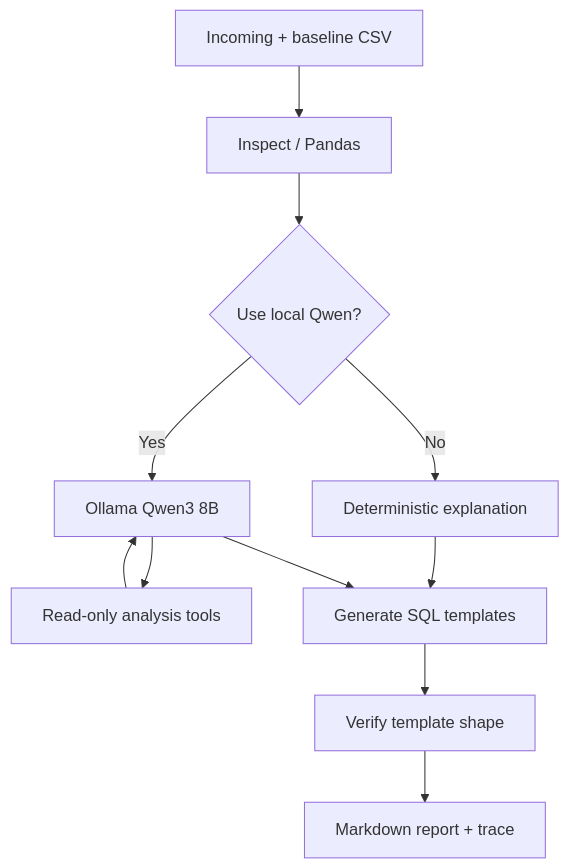
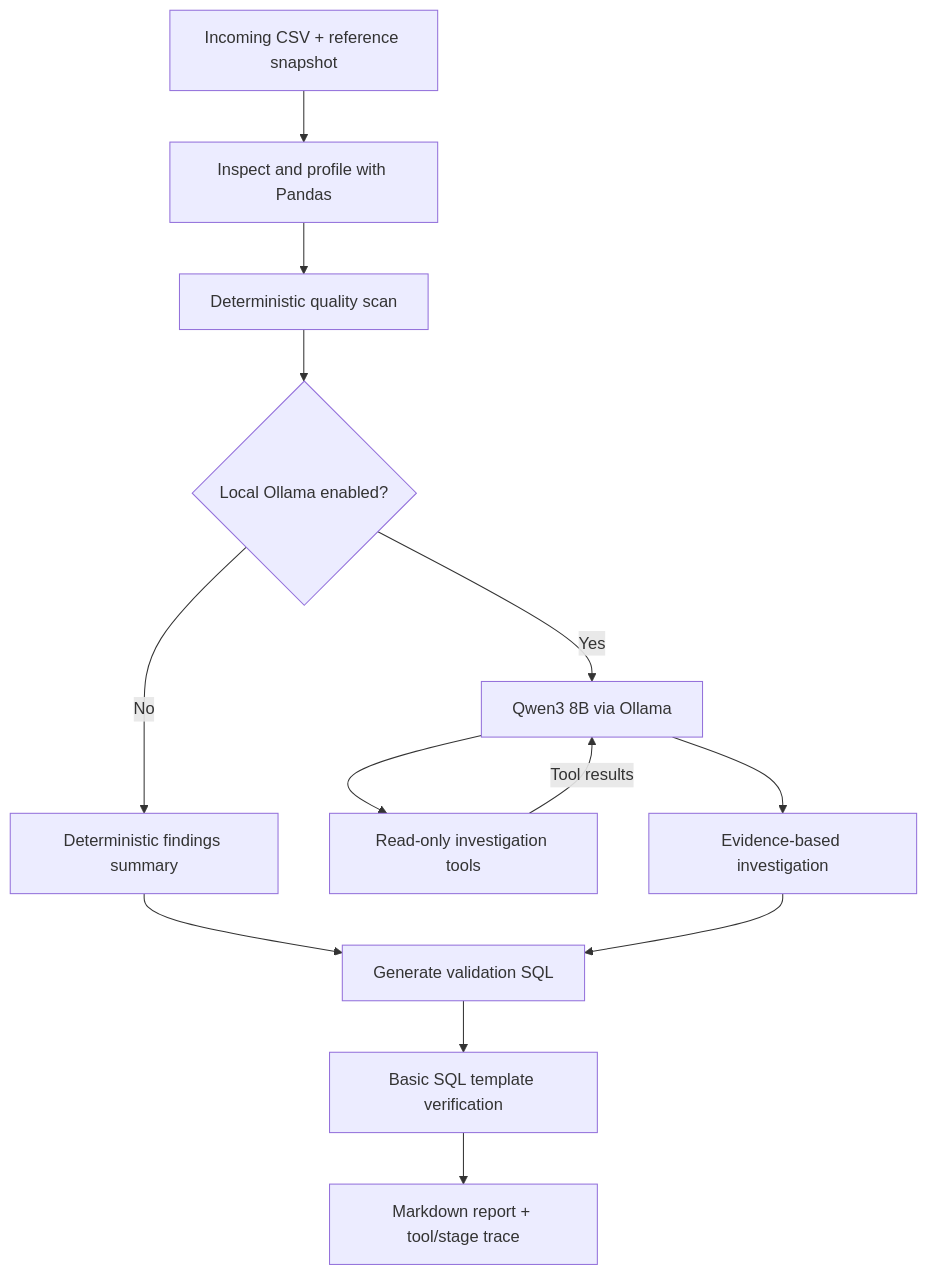
The diagram in README.md (karthikeyansett1/Schemaguard---AI_Agent), drawn with Mermaid before and after one commit. The commit also changed other lines of this file, not shown here.

````diff
--- a/README.md
+++ b/README.md
@@ -28,13 +64,15 @@
 ```mermaid
 flowchart TD
-    A[Incoming + baseline CSV] --> B[Inspect / Pandas]
-    B --> C{Use local Qwen?}
-    C -->|No| D[Deterministic explanation]
-    C -->|Yes| E[Ollama Qwen3 8B]
-    E --> F[Read-only analysis tools]
-    F --> E
-    D --> G[Generate SQL templates]
-    E --> G
-    G --> H[Verify template shape]
-    H --> I[Markdown report + trace]
+    A[Incoming CSV + reference snapshot] --> B[Inspect and profile with Pandas]
+    B --> C[Deterministic quality scan]
+    C --> D{Local Ollama enabled?}
+    D -->|No| E[Deterministic findings summary]
+    D -->|Yes| F[Qwen3 8B via Ollama]
+    F --> G[Read-only investigation tools]
+    G -->|Tool results| F
+    F --> H[Evidence-based investigation]
+    E --> I[Generate validation SQL]
+    H --> I
+    I --> J[Basic SQL template verification]
+    J --> K[Markdown report + tool/stage trace]
 ```
````
